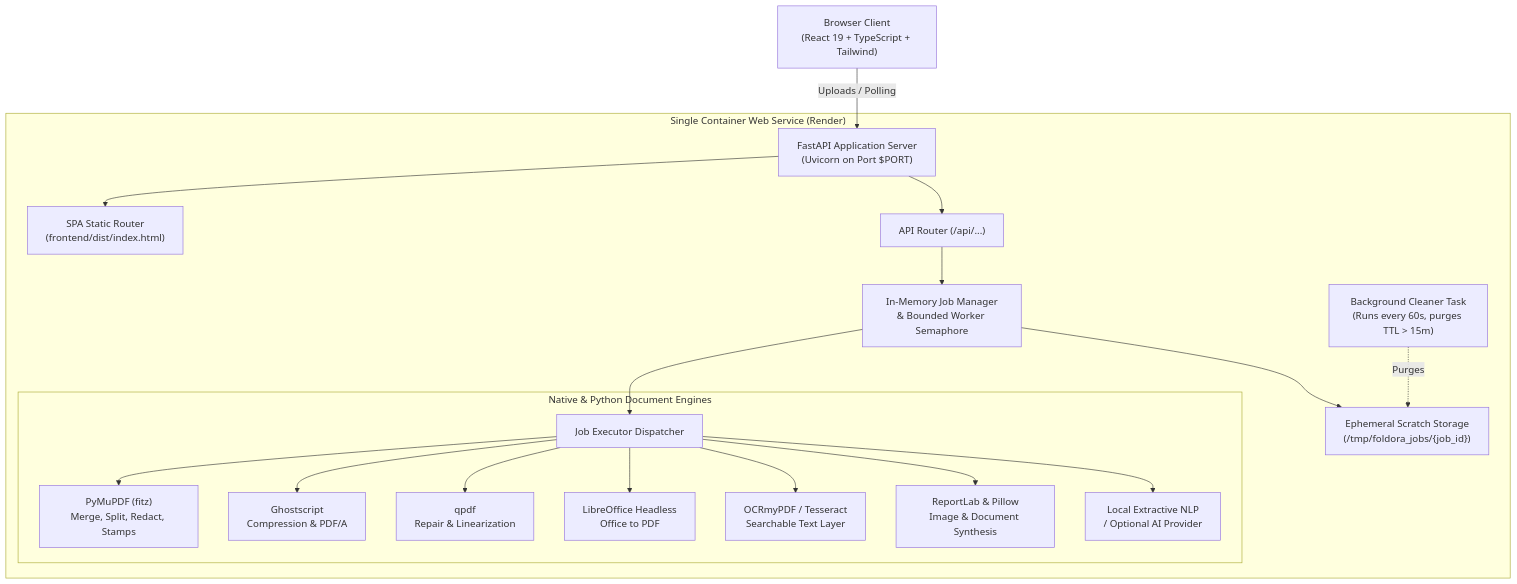
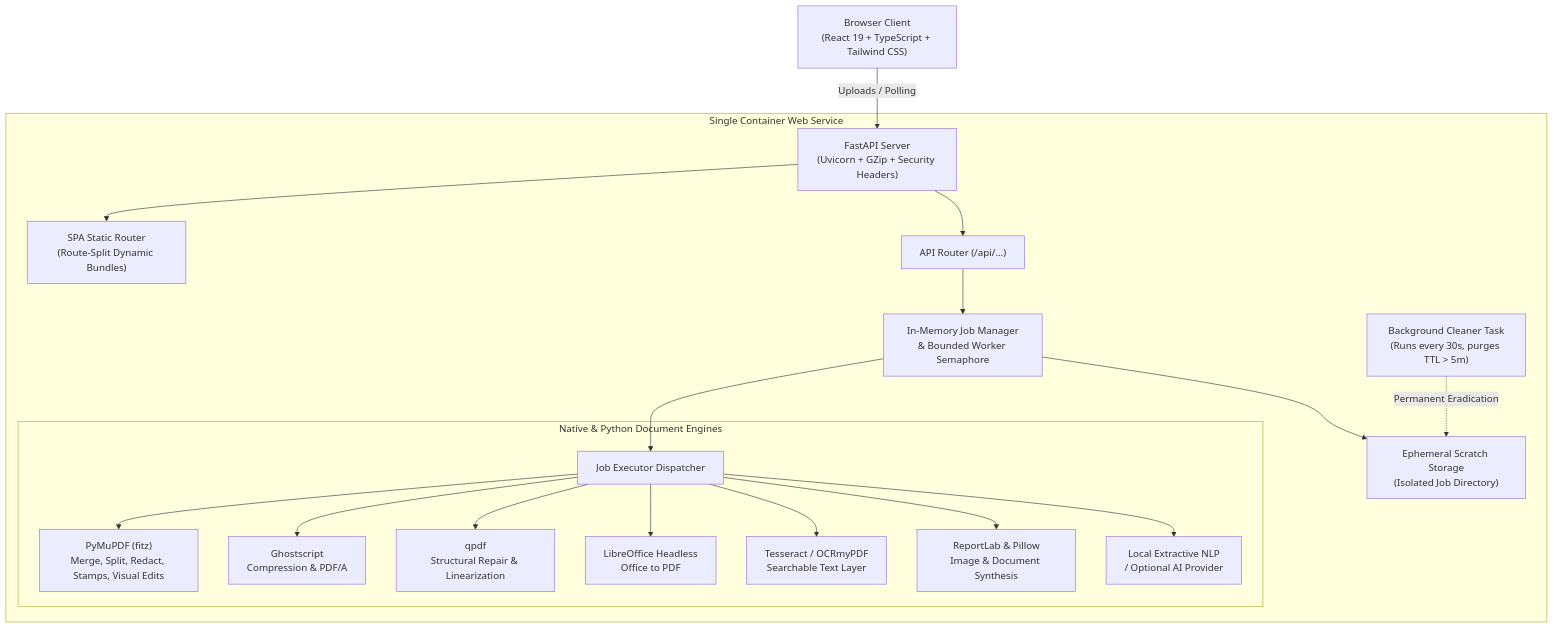
Before and after one commit to Frost730/foldora_pdf: the diagram in README.md, drawn with Mermaid. The commit also changed other lines of this file, not shown here.

Commit message:
Update README: sanitize documentation, remove security risks, and reflect architecture optimizations

````diff
--- a/README.md
+++ b/README.md
@@ -23,26 +25,26 @@
 ```mermaid
 flowchart TD
-    Client["Browser Client\n(React 19 + TypeScript + Tailwind)"] -->|Uploads / Polling| FastAPIServer["FastAPI Application Server\n(Uvicorn on Port $PORT)"]
+    Client["Browser Client\n(React 19 + TypeScript + Tailwind CSS)"] -->|Uploads / Polling| FastAPIServer["FastAPI Server\n(Uvicorn + GZip + Security Headers)"]
     
-    subgraph "Single Container Web Service (Render)"
-        FastAPIServer --> StaticSPA["SPA Static Router\n(frontend/dist/index.html)"]
+    subgraph "Single Container Web Service"
+        FastAPIServer --> StaticSPA["SPA Static Router\n(Route-Split Dynamic Bundles)"]
         FastAPIServer --> APIRoutes["API Router (/api/...)"]
         
         APIRoutes --> JobManager["In-Memory Job Manager\n& Bounded Worker Semaphore"]
-        JobManager --> TempStorage["Ephemeral Scratch Storage\n(/tmp/foldora_jobs/{job_id})"]
+        JobManager --> TempStorage["Ephemeral Scratch Storage\n(Isolated Job Directory)"]
         
         JobManager --> Dispatcher["Job Executor Dispatcher"]
         
         subgraph "Native & Python Document Engines"
-            Dispatcher --> PyMuPDF["PyMuPDF (fitz)\nMerge, Split, Redact, Stamps"]
+            Dispatcher --> PyMuPDF["PyMuPDF (fitz)\nMerge, Split, Redact, Stamps, Visual Edits"]
             Dispatcher --> Ghostscript["Ghostscript\nCompression & PDF/A"]
-            Dispatcher --> QPDF["qpdf\nRepair & Linearization"]
+            Dispatcher --> QPDF["qpdf\nStructural Repair & Linearization"]
             Dispatcher --> LibreOffice["LibreOffice Headless\nOffice to PDF"]
-            Dispatcher --> OCR["OCRmyPDF / Tesseract\nSearchable Text Layer"]
+            Dispatcher --> OCR["Tesseract / OCRmyPDF\nSearchable Text Layer"]
             Dispatcher --> ReportLab["ReportLab & Pillow\nImage & Document Synthesis"]
             Dispatcher --> AIModule["Local Extractive NLP\n/ Optional AI Provider"]
         end
         
-        BackgroundCleaner["Background Cleaner Task\n(Runs every 60s, purges TTL > 15m)"] -.->|Purges| TempStorage
+        BackgroundCleaner["Background Cleaner Task\n(Runs every 30s, purges TTL > 5m)"] -.->|Permanent Eradication| TempStorage
     end
 ```
````
